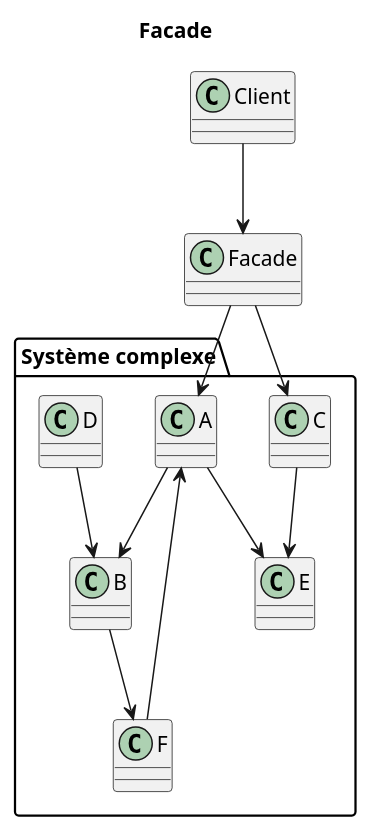
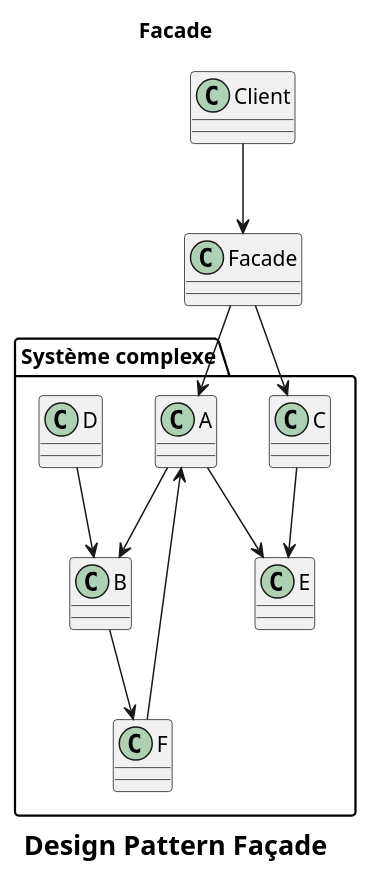
One commit to tavenel/website changed the third of 4 diagrams in src/pages/cours/tests/methodo/patterns-cours.md. Above: the diagram before and after it, drawn with PlantUML. The commit also changed other lines of this file and 22 other files, not shown here.

Commit message:
astro: plantuml and cleanup all diagrams

````diff
--- a/src/pages/cours/tests/methodo/patterns-cours.md
+++ b/src/pages/cours/tests/methodo/patterns-cours.md
@@ -158,28 +165,33 @@
 ```plantuml
 @startuml
+
+caption
+= Design Pattern Façade
+endcaption
+
 title Facade
 
 class Client
 class Facade
 
 folder "Système complexe" {
   class A
   class B
   class C
   class D
   class E
   class F
 }
 
 A --> B
 A --> E
 C --> E
 D --> B
 B --> F
 F --> A
 
 Facade --> A
 Facade --> C
 Client --> Facade
 @enduml
 ```
````
